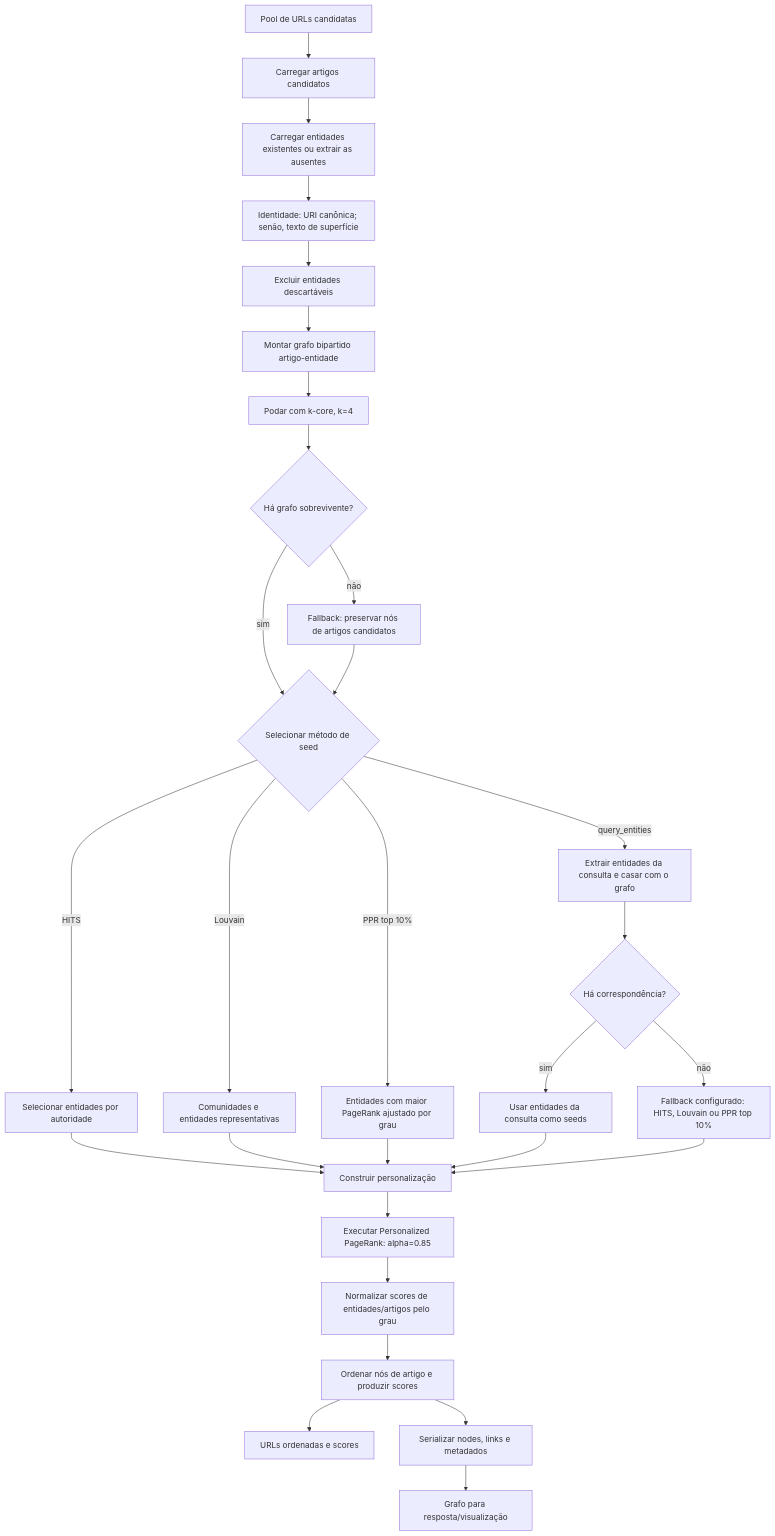
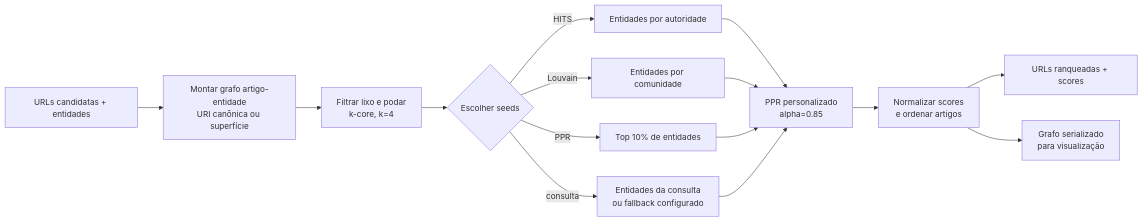
One commit to rafaelsalb/tcc changed the fifth of 5 diagrams in docs/fluxos_execucao.md. Above: the diagram before and after it, drawn with Mermaid. The commit also changed other lines of this file and 43 other files, not shown here.

````diff
--- a/docs/fluxos_execucao.md
+++ b/docs/fluxos_execucao.md
@@ -189,33 +128,17 @@
 ```mermaid
-flowchart TD
-    candidates[Pool de URLs candidatas] --> load_articles[Carregar artigos candidatos]
-    load_articles --> load_entities[Carregar entidades existentes ou extrair as ausentes]
-    load_entities --> identity[Identidade: URI canônica; senão, texto de superfície]
-    identity --> filter[Excluir entidades descartáveis]
-    filter --> bipartite[Montar grafo bipartido artigo-entidade]
-    bipartite --> prune[Podar com k-core, k=4]
-    prune --> survives{Há grafo sobrevivente?}
-    survives -->|não| fallback[Fallback: preservar nós de artigos candidatos]
-    survives -->|sim| seed_method
-    fallback --> seed_method{Selecionar método de seed}
-
-    seed_method -->|HITS| hits[Selecionar entidades por autoridade]
-    seed_method -->|Louvain| louvain[Comunidades e entidades representativas]
-    seed_method -->|PPR top 10%| top_entities[Entidades com maior PageRank ajustado por grau]
-    seed_method -->|query_entities| query_ner[Extrair entidades da consulta e casar com o grafo]
-    query_ner --> query_match{Há correspondência?}
-    query_match -->|sim| query_seeds[Usar entidades da consulta como seeds]
-    query_match -->|não| query_fallback[Fallback configurado: HITS, Louvain ou PPR top 10%]
-
-    hits --> personalize[Construir personalização]
-    louvain --> personalize
-    top_entities --> personalize
-    query_seeds --> personalize
-    query_fallback --> personalize
-    personalize --> pagerank[Executar Personalized PageRank: alpha=0.85]
-    pagerank --> normalize[Normalizar scores de entidades/artigos pelo grau]
-    normalize --> rank_articles[Ordenar nós de artigo e produzir scores]
-    rank_articles --> ranked_output[URLs ordenadas e scores]
-    rank_articles --> serialize[Serializar nodes, links e metadados]
-    serialize --> graph_output[Grafo para resposta/visualização]
+flowchart LR
+    candidates[URLs candidatas + entidades] --> graph_build[Montar grafo artigo-entidade<br/>URI canônica ou superfície]
+    graph_build --> prune[Filtrar lixo e podar<br/>k-core, k=4]
+    prune --> seeds{Escolher seeds}
+    seeds -->|HITS| hits[Entidades por autoridade]
+    seeds -->|Louvain| louvain[Entidades por comunidade]
+    seeds -->|PPR| top[Top 10% de entidades]
+    seeds -->|consulta| query[Entidades da consulta<br/>ou fallback configurado]
+    hits --> personalized[PPR personalizado<br/>alpha=0.85]
+    louvain --> personalized
+    top --> personalized
+    query --> personalized
+    personalized --> scores[Normalizar scores<br/>e ordenar artigos]
+    scores --> ranked[URLs ranqueadas + scores]
+    scores --> graph_json[Grafo serializado<br/>para visualização]
 ```
````
